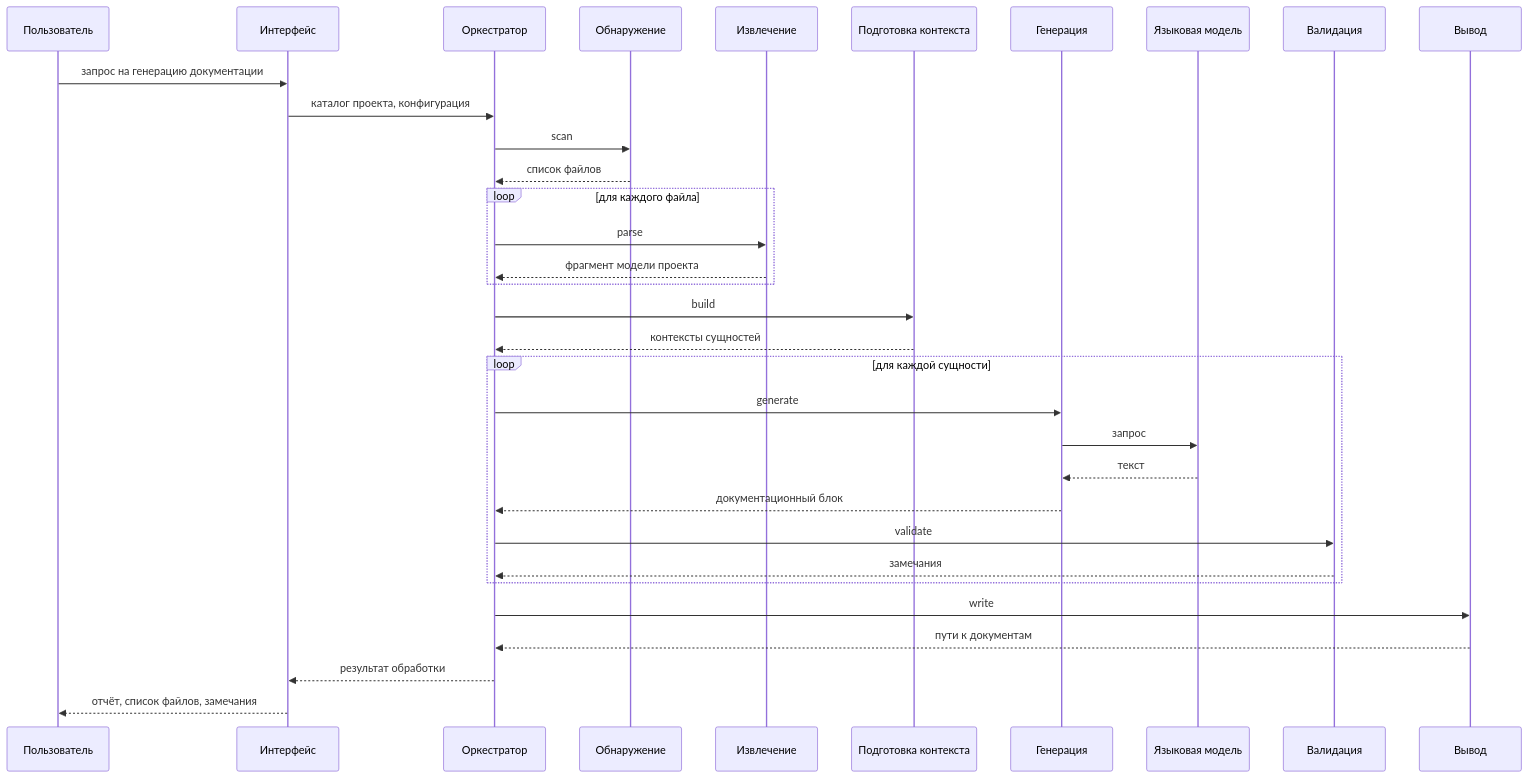
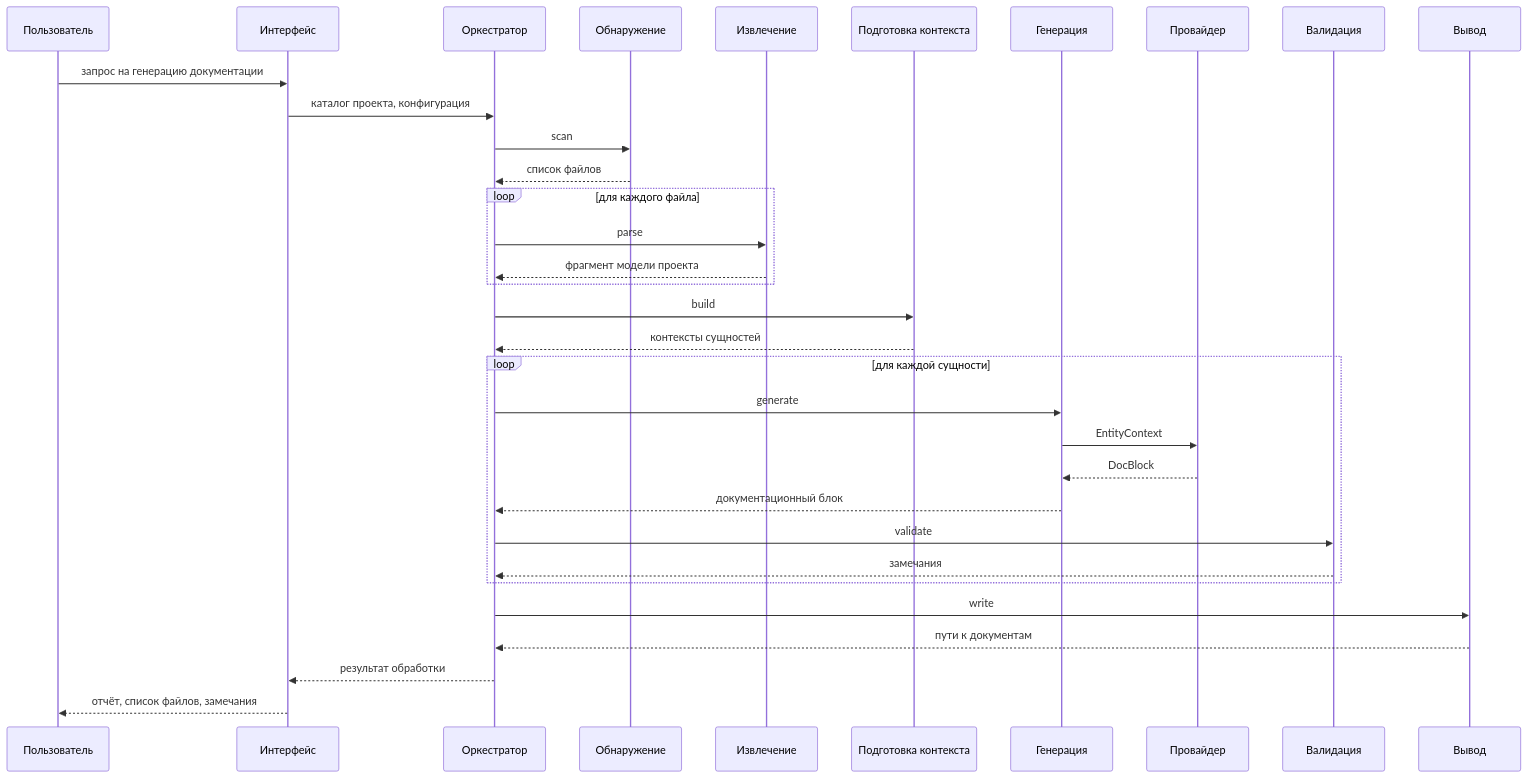
Before and after one commit to Andryss/AnDocGen: the third of 3 diagrams in docs/architecture.md, drawn with Mermaid. The commit also changed other lines of this file, not shown here.

Commit message:
Second filter architecture.md

````diff
--- a/docs/architecture.md
+++ b/docs/architecture.md
@@ -59,36 +88,36 @@
 ```mermaid
 sequenceDiagram
     participant User as Пользователь
     participant Interface as Интерфейс
     participant Pipeline as Оркестратор
     participant Discovery as Обнаружение
     participant Extraction as Извлечение
     participant Context as Подготовка контекста
     participant Generator as Генерация
-    participant LLM as Языковая модель
+    participant Provider as Провайдер
     participant Validator as Валидация
     participant Output as Вывод
 
     User->>Interface: запрос на генерацию документации
     Interface->>Pipeline: каталог проекта, конфигурация
     Pipeline->>Discovery: scan
     Discovery-->>Pipeline: список файлов
     loop для каждого файла
         Pipeline->>Extraction: parse
         Extraction-->>Pipeline: фрагмент модели проекта
     end
     Pipeline->>Context: build
     Context-->>Pipeline: контексты сущностей
     loop для каждой сущности
         Pipeline->>Generator: generate
-        Generator->>LLM: запрос
-        LLM-->>Generator: текст
+        Generator->>Provider: EntityContext
+        Provider-->>Generator: DocBlock
         Generator-->>Pipeline: документационный блок
         Pipeline->>Validator: validate
         Validator-->>Pipeline: замечания
     end
     Pipeline->>Output: write
     Output-->>Pipeline: пути к документам
     Pipeline-->>Interface: результат обработки
     Interface-->>User: отчёт, список файлов, замечания
 ```
````
